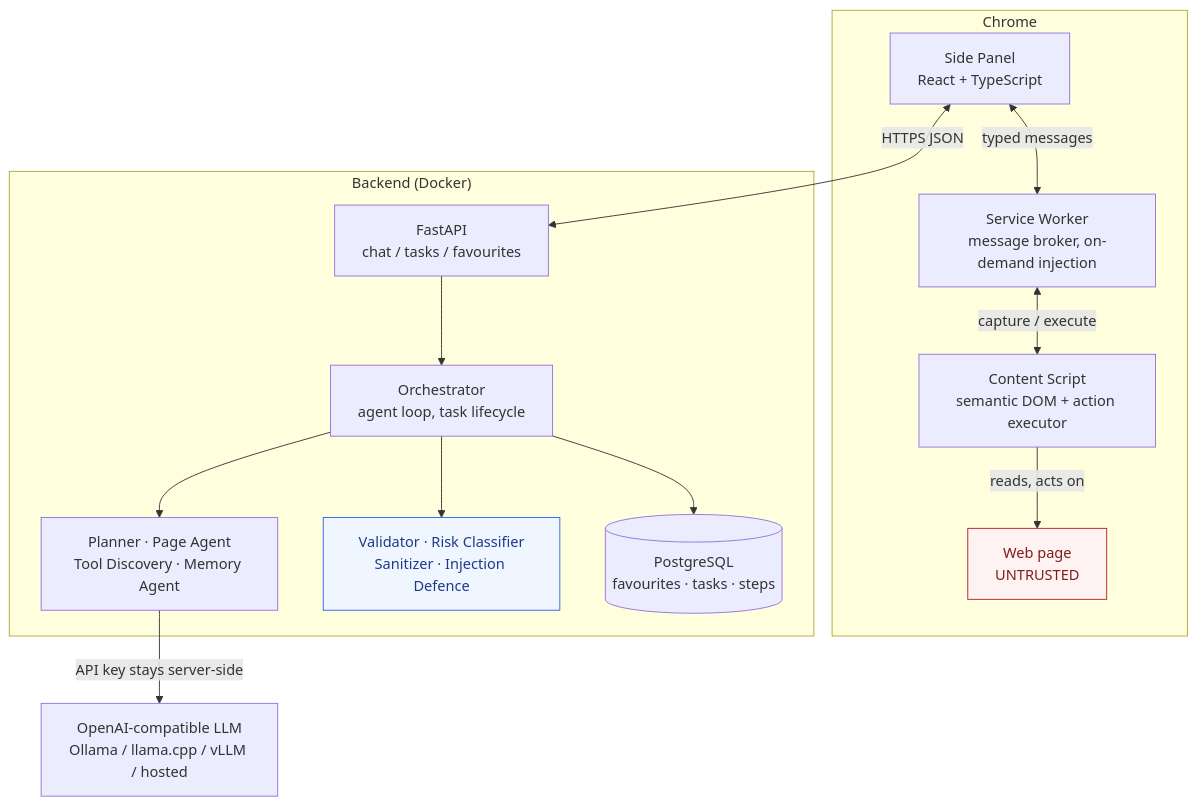
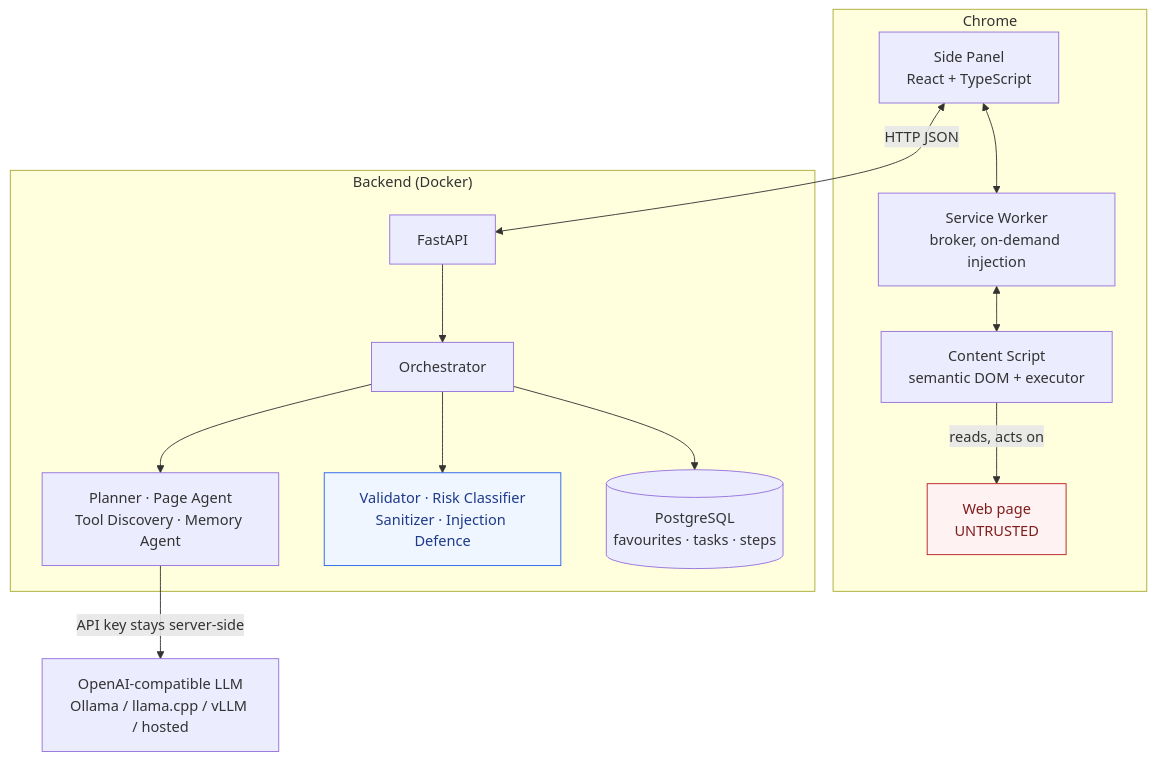
One commit to m0han-raj/surfai changed the first of 3 diagrams in README.md. Above: the diagram before and after it, drawn with Mermaid. The commit also changed other lines of this file, not shown here.

````diff
--- a/README.md
+++ b/README.md
@@ -90,34 +39,34 @@
 ```mermaid
 flowchart TB
     subgraph Browser["Chrome"]
         SP["Side Panel<br/>React + TypeScript"]
-        SW["Service Worker<br/>message broker, on-demand injection"]
-        CS["Content Script<br/>semantic DOM + action executor"]
+        SW["Service Worker<br/>broker, on-demand injection"]
+        CS["Content Script<br/>semantic DOM + executor"]
         PAGE["Web page<br/>UNTRUSTED"]
     end
 
     subgraph Server["Backend (Docker)"]
-        API["FastAPI<br/>chat / tasks / favourites"]
-        ORCH["Orchestrator<br/>agent loop, task lifecycle"]
+        API["FastAPI"]
+        ORCH["Orchestrator"]
         AG["Planner · Page Agent<br/>Tool Discovery · Memory Agent"]
         SEC["Validator · Risk Classifier<br/>Sanitizer · Injection Defence"]
         DB[("PostgreSQL<br/>favourites · tasks · steps")]
     end
 
     LLM["OpenAI-compatible LLM<br/>Ollama / llama.cpp / vLLM / hosted"]
 
-    SP <-->|"typed messages"| SW
-    SW <-->|"capture / execute"| CS
+    SP <--> SW
+    SW <--> CS
     CS -->|"reads, acts on"| PAGE
-    SP <-->|"HTTPS JSON"| API
+    SP <-->|"HTTP JSON"| API
     API --> ORCH
     ORCH --> AG
     ORCH --> SEC
     ORCH --> DB
     AG -->|"API key stays server-side"| LLM
 
     classDef untrusted fill:#fef2f2,stroke:#b91c1c,color:#7f1d1d
     classDef security fill:#eff6ff,stroke:#2563eb,color:#1e3a8a
     class PAGE untrusted
     class SEC security
 ```
````
